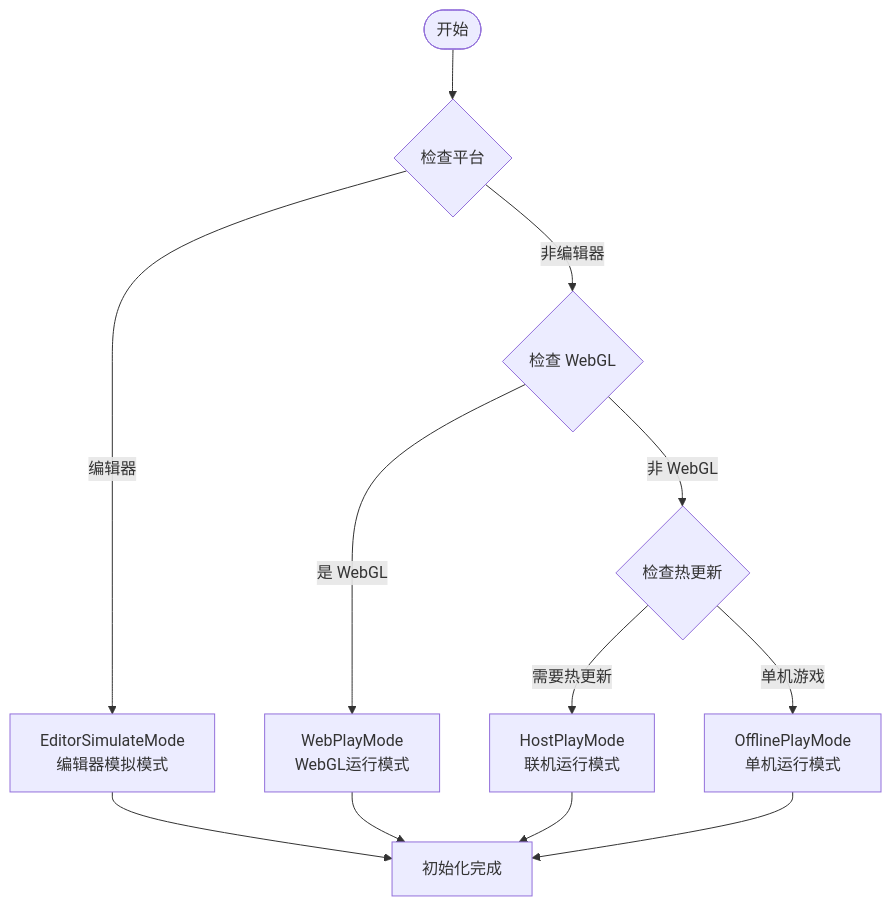
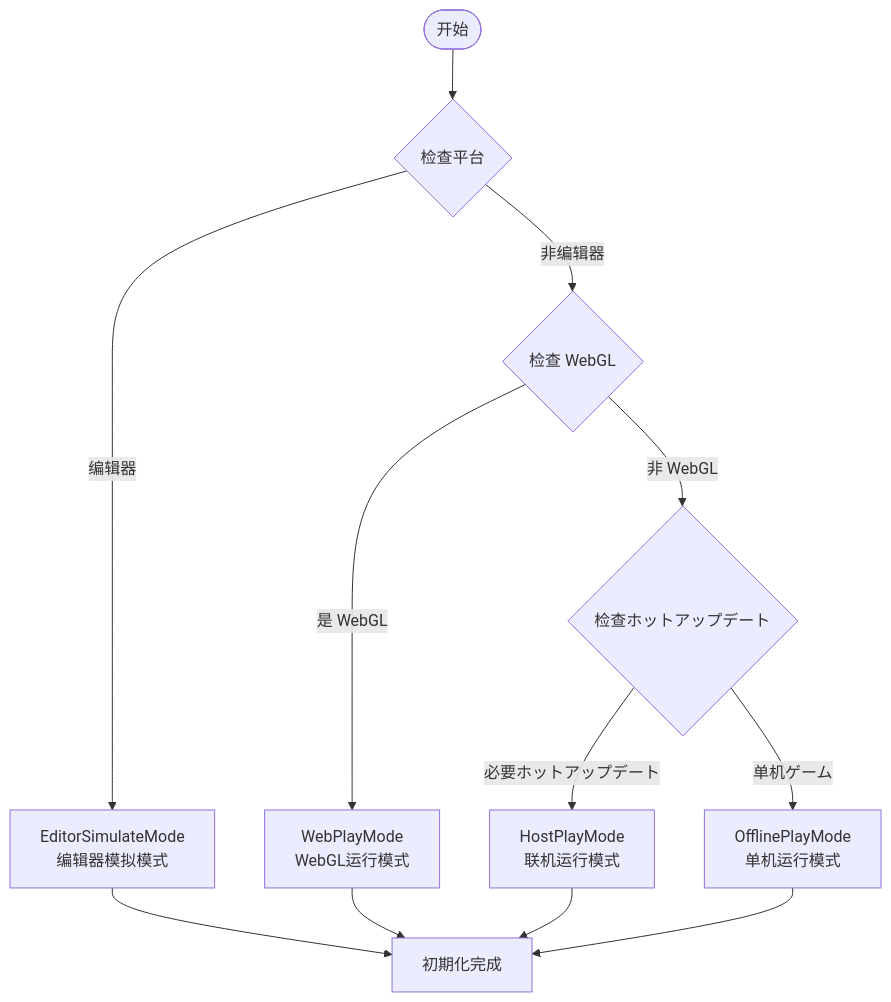
The fourth of 4 diagrams in docs/ja/client/unity/component/asset/01.overview.md (AlianBlank/GameFrameX.Docs), drawn with Mermaid before and after one commit. The commit also changed other lines of this file and 603 other files, not shown here.

````diff
--- a/docs/ja/client/unity/component/asset/01.overview.md
+++ b/docs/ja/client/unity/component/asset/01.overview.md
@@ -191,18 +191,18 @@
 ```mermaid
 flowchart TD
     Start([开始]) --> CheckPlatform{检查平台}
 
     CheckPlatform -->|编辑器| EditorMode[EditorSimulateMode<br/>编辑器模拟模式]
     CheckPlatform -->|非编辑器| CheckWebGL{检查 WebGL}
 
     CheckWebGL -->|是 WebGL| WebGLMode[WebPlayMode<br/>WebGL运行模式]
-    CheckWebGL -->|非 WebGL| CheckUpdate{检查热更新}
+    CheckWebGL -->|非 WebGL| CheckUpdate{检查ホットアップデート}
 
-    CheckUpdate -->|需要热更新| HostMode[HostPlayMode<br/>联机运行模式]
-    CheckUpdate -->|单机游戏| OfflineMode[OfflinePlayMode<br/>单机运行模式]
+    CheckUpdate -->|必要ホットアップデート| HostMode[HostPlayMode<br/>联机运行模式]
+    CheckUpdate -->|单机ゲーム| OfflineMode[OfflinePlayMode<br/>单机运行模式]
 
-    EditorMode --> Ready[初始化完成]
+    EditorMode --> Ready[初期化完成]
     WebGLMode --> Ready
     HostMode --> Ready
     OfflineMode --> Ready
 ```
````
